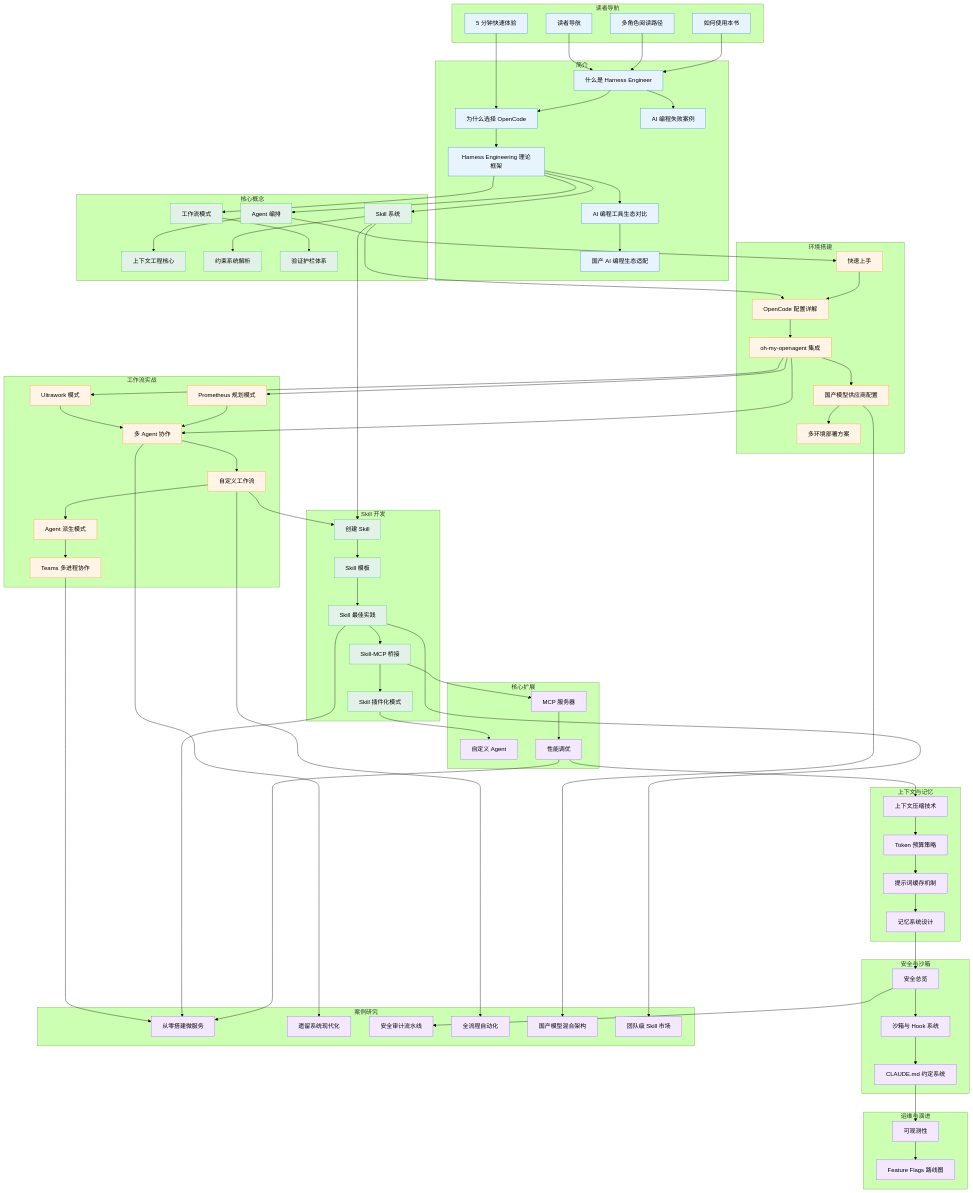
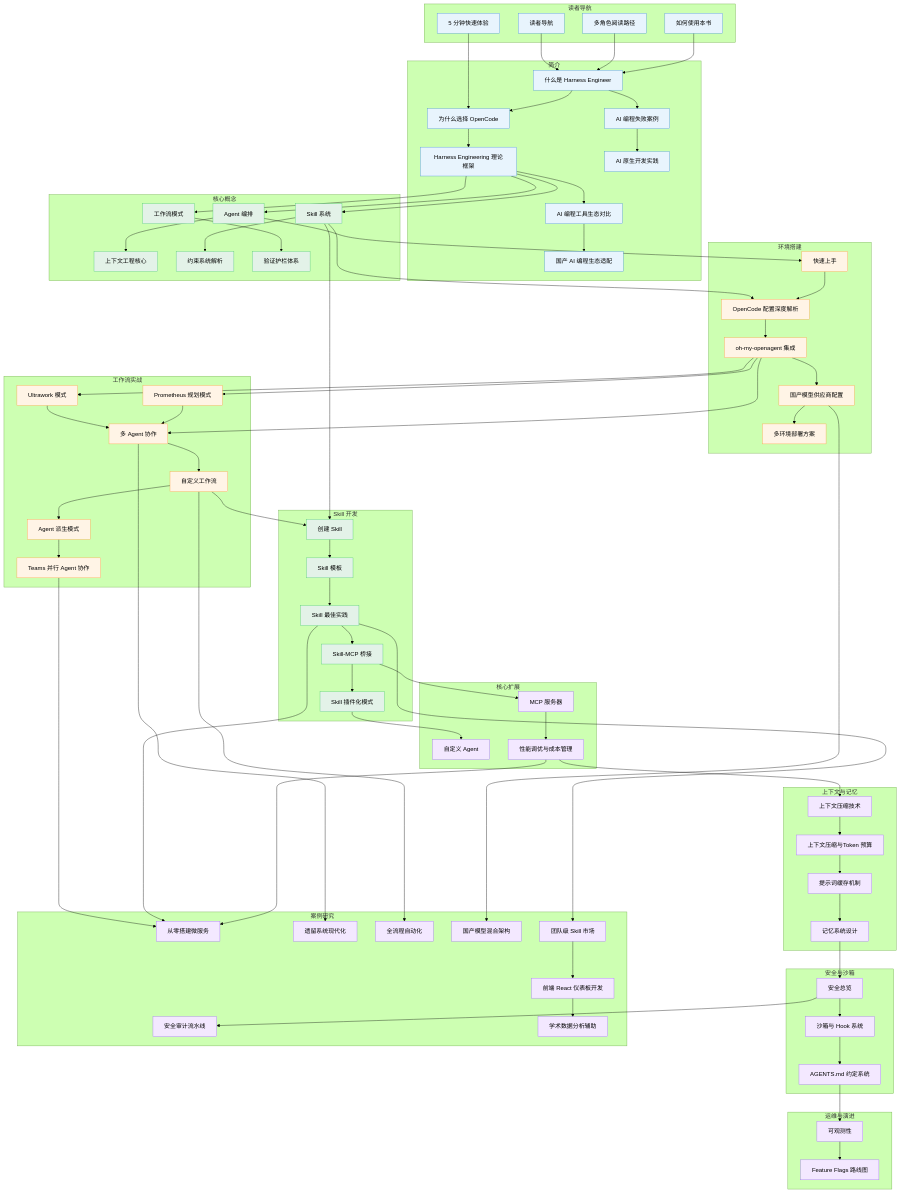
The second of 3 diagrams in src/00-guide/reading-paths.md (tonydeng/harness-engineering-from-oc-to-ai-coding), drawn with Mermaid (forest theme) before and after one commit. The commit also changed other lines of this file and 331 other files, not shown here.

````diff
--- a/src/00-guide/reading-paths.md
+++ b/src/00-guide/reading-paths.md
@@ -238,6 +257,7 @@
         G1_4["AI 编程工具生态对比"]
         G1_5["国产 AI 编程生态适配"]
         G1_6["AI 编程失败案例"]
+        G1_7["AI 原生开发实践"]
     end
 
     subgraph Ch2["核心概念"]
@@ -251,7 +271,7 @@
 
     subgraph Ch3["环境搭建"]
         G3_1["快速上手"]
-        G3_2["OpenCode 配置详解"]
+        G3_2["OpenCode 配置深度解析"]
         G3_3["oh-my-openagent 集成"]
         G3_4["国产模型供应商配置"]
         G3_5["多环境部署方案"]
@@ -262,7 +282,7 @@
         G4_2["多 Agent 协作"]
         G4_3["自定义工作流"]
         G4_4["Agent 派生模式"]
-        G4_5["Teams 多进程协作"]
+        G4_5["Teams 并行 Agent 协作"]
         G4_6["Prometheus 规划模式"]
     end
 
@@ -277,12 +297,12 @@
     subgraph Ch6A["核心扩展"]
         G6_1["MCP 服务器"]
         G6_2["自定义 Agent"]
-        G6_3["性能调优"]
+        G6_3["性能调优与成本管理"]
     end
 
     subgraph Ch6B["上下文与记忆"]
         G6_4["上下文压缩技术"]
-        G6_5["Token 预算策略"]
+        G6_5["上下文压缩与Token 预算"]
         G6_6["提示词缓存机制"]
         G6_7["记忆系统设计"]
     end
@@ -290,7 +310,7 @@
     subgraph Ch6C["安全与沙箱"]
         G6_8["安全总览"]
         G6_9["沙箱与 Hook 系统"]
-        G6_10["CLAUDE.md 约定系统"]
+        G6_10["AGENTS.md 约定系统"]
     end
 
     subgraph Ch6D["运维与演进"]
@@ -305,6 +325,8 @@
         G7_4["全流程自动化"]
         G7_5["国产模型混合架构"]
         G7_6["团队级 Skill 市场"]
+        G7_7["前端 React 仪表板开发"]
+        G7_8["学术数据分析辅助"]
     end
 
     %% 读者导航 -> 简介
@@ -319,6 +341,7 @@
     G1_3 --> G1_4
     G1_4 --> G1_5
     G1_1 --> G1_6
+    G1_6 --> G1_7
 
     %% 简介 -> 核心概念
     G1_3 --> G2_1
@@ -391,6 +414,8 @@
     G4_3 --> G7_4
     G3_4 --> G7_5
     G5_3 --> G7_6
+    G7_6 --> G7_7
+    G7_7 --> G7_8
 
     %% 样式定义
     classDef ch0 fill:#E8F4FD,stroke:#4A90D9
@@ -403,11 +428,11 @@
     classDef ch7 fill:#F3E8FF,stroke:#A66CFF
 
     class G0_1,G0_2,G0_3,G0_4 ch0
-    class G1_1,G1_2,G1_3,G1_4,G1_5,G1_6 ch1
+    class G1_1,G1_2,G1_3,G1_4,G1_5,G1_6,G1_7 ch1
     class G2_1,G2_2,G2_3,G2_4,G2_5,G2_6 ch2
     class G3_1,G3_2,G3_3,G3_4,G3_5 ch3
     class G4_1,G4_2,G4_3,G4_4,G4_5,G4_6 ch4
     class G5_1,G5_2,G5_3,G5_4,G5_5 ch5
     class G6_1,G6_2,G6_3,G6_4,G6_5,G6_6,G6_7,G6_8,G6_9,G6_10,G6_11,G6_12 ch6
-    class G7_1,G7_2,G7_3,G7_4,G7_5,G7_6 ch7
+    class G7_1,G7_2,G7_3,G7_4,G7_5,G7_6,G7_7,G7_8 ch7
 ```
````
